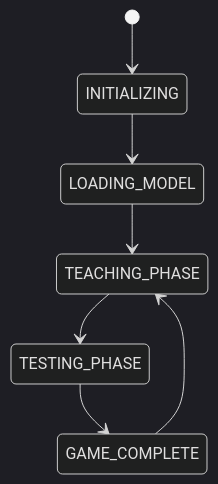
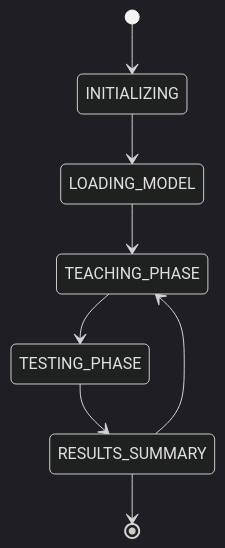
The second of 2 diagrams in .kiro/specs/sorter-machine-gameplay/design.md (jayvicsanantonio/cogni-critter), drawn with Mermaid (dark theme) before and after one commit. The commit also changed other lines of this file and 2 other files, not shown here.

Commit message:
Update game state management and type definitions in design and requirements documents for Sorter Machine gameplay feature. Modify state transitions and refine TypeScript interfaces to include new phases and core type definitions.

````diff
--- a/.kiro/specs/sorter-machine-gameplay/design.md
+++ b/.kiro/specs/sorter-machine-gameplay/design.md
@@ -41,9 +41,10 @@
 ```mermaid
 stateDiagram-v2
     [*] --> INITIALIZING
     INITIALIZING --> LOADING_MODEL
     LOADING_MODEL --> TEACHING_PHASE
     TEACHING_PHASE --> TESTING_PHASE
-    TESTING_PHASE --> GAME_COMPLETE
-    GAME_COMPLETE --> TEACHING_PHASE
+    TESTING_PHASE --> RESULTS_SUMMARY
+    RESULTS_SUMMARY --> TEACHING_PHASE
+    RESULTS_SUMMARY --> [*]
 ```
````
